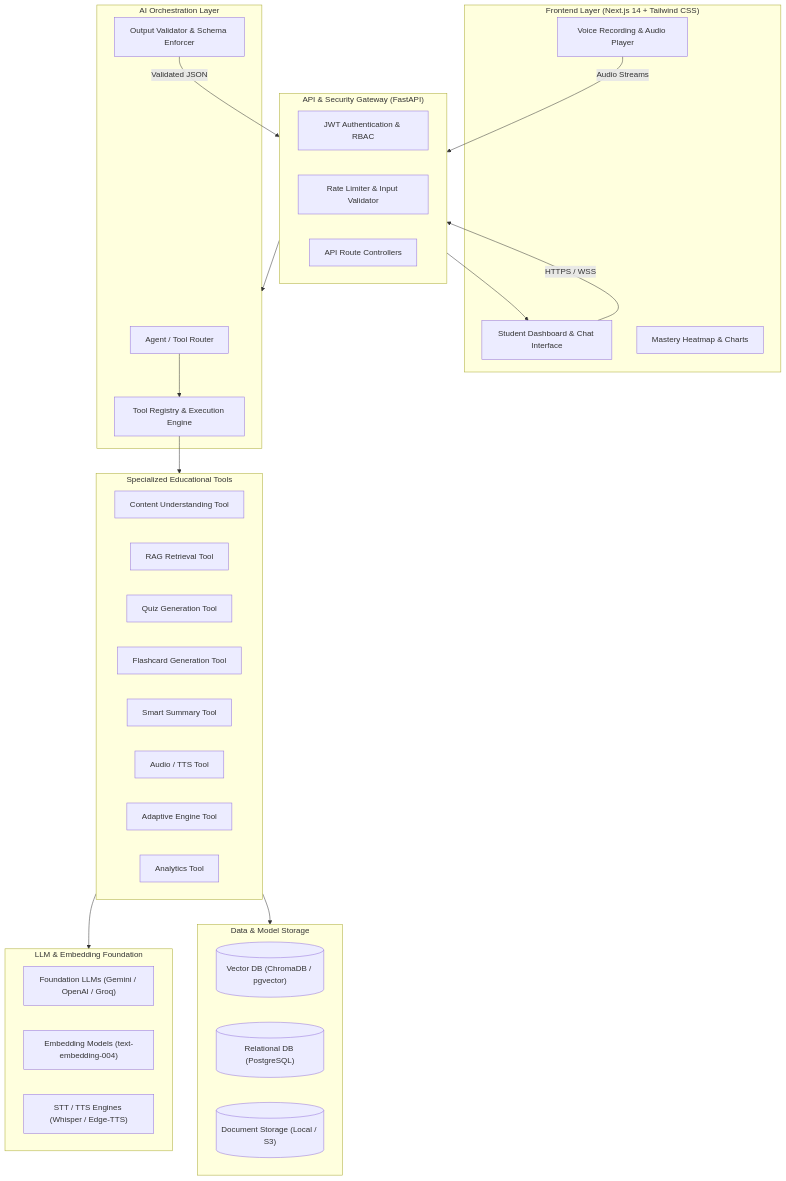
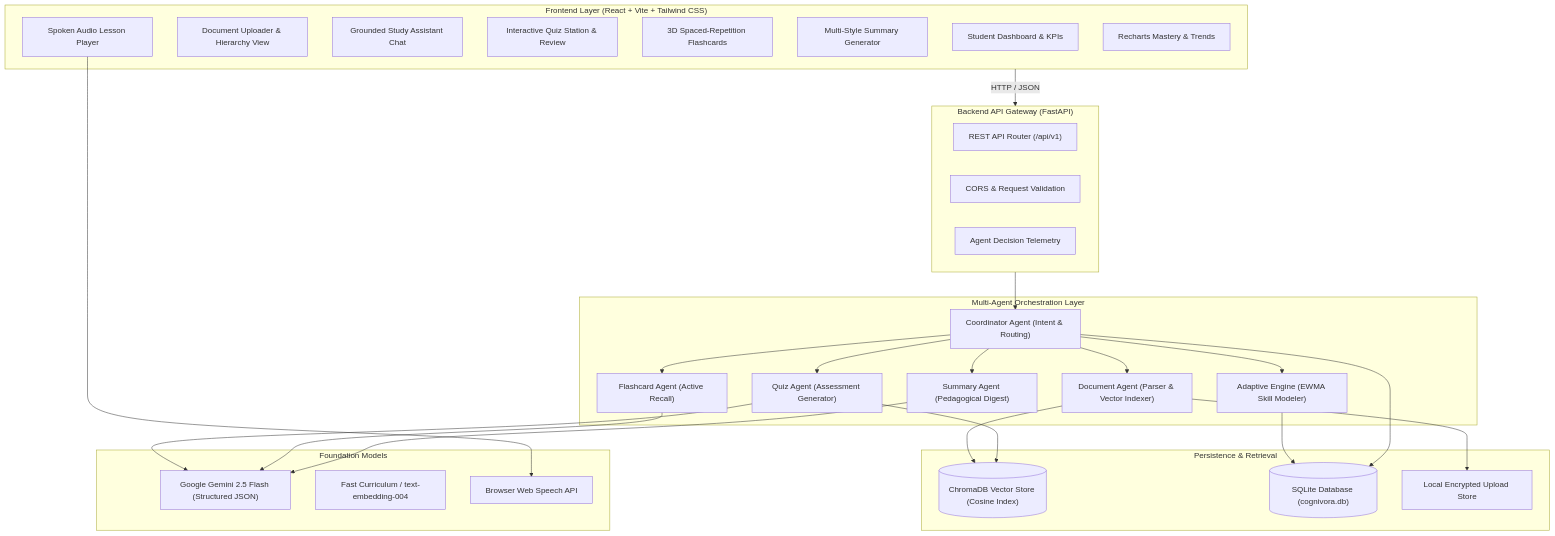
One commit to varun16-dev/Cognivora-AI changed the first of 10 diagrams in README.md. Above: the diagram before and after it, drawn with Mermaid. The commit also changed other lines of this file and 55 other files, not shown here.

Commit message:
feat: complete Capabl 8-week deliverables, multi-agent RAG backend, React dashboard, and test suites

````diff
--- a/README.md
+++ b/README.md
@@ -90,53 +74,57 @@
 ```mermaid
 flowchart TD
-    subgraph Client ["Frontend Layer (Next.js 14 + Tailwind CSS)"]
-        UI["Student Dashboard & Chat Interface"]
-        VoiceIO["Voice Recording & Audio Player"]
-        AnalyticsViz["Mastery Heatmap & Charts"]
+    subgraph Client ["Frontend Layer (React + Vite + Tailwind CSS)"]
+        Dashboard["Student Dashboard & KPIs"]
+        DocUpload["Document Uploader & Hierarchy View"]
+        ChatUI["Grounded Study Assistant Chat"]
+        QuizRunner["Interactive Quiz Station & Review"]
+        CardsUI["3D Spaced-Repetition Flashcards"]
+        SummaryUI["Multi-Style Summary Generator"]
+        AudioLab["Spoken Audio Lesson Player"]
+        AnalyticsUI["Recharts Mastery & Trends"]
     end
 
-    subgraph Gateway ["API & Security Gateway (FastAPI)"]
-        Auth["JWT Authentication & RBAC"]
-        RateLimit["Rate Limiter & Input Validator"]
-        Router["API Route Controllers"]
+    subgraph API ["Backend API Gateway (FastAPI)"]
+        Router["REST API Router (/api/v1)"]
+        CORS["CORS & Request Validation"]
+        Telemetry["Agent Decision Telemetry"]
     end
 
-    subgraph AgenticCore ["AI Orchestration Layer"]
-        Orchestrator["Agent / Tool Router"]
-        ToolRegistry["Tool Registry & Execution Engine"]
-        Guardrails["Output Validator & Schema Enforcer"]
+    subgraph Agents ["Multi-Agent Orchestration Layer"]
+        Coordinator["Coordinator Agent (Intent & Routing)"]
+        DocAgent["Document Agent (Parser & Vector Indexer)"]
+        QuizAgent["Quiz Agent (Assessment Generator)"]
+        CardAgent["Flashcard Agent (Active Recall)"]
+        SummaryAgent["Summary Agent (Pedagogical Digest)"]
+        AdaptiveEngine["Adaptive Engine (EWMA Skill Modeler)"]
     end
 
-    subgraph Tools ["Specialized Educational Tools"]
-        T1["Content Understanding Tool"]
-        T2["RAG Retrieval Tool"]
-        T3["Quiz Generation Tool"]
-        T4["Flashcard Generation Tool"]
-        T5["Smart Summary Tool"]
-        T6["Audio / TTS Tool"]
-        T7["Adaptive Engine Tool"]
-        T8["Analytics Tool"]
+    subgraph Storage ["Persistence & Retrieval"]
+        VectorDB[("ChromaDB Vector Store (Cosine Index)")]
+        SQLiteDB[("SQLite Database (cognivora.db)")]
+        FileStore["Local Encrypted Upload Store"]
     end
 
-    subgraph Storage ["Data & Model Storage"]
-        VectorDB[("Vector DB (ChromaDB / pgvector)")]
-        Postgres[("Relational DB (PostgreSQL)")]
-        FileStore[("Document Storage (Local / S3)")]
+    subgraph AI ["Foundation Models"]
+        Gemini["Google Gemini 2.5 Flash (Structured JSON)"]
+        Embedder["Fast Curriculum / text-embedding-004"]
+        WebSpeech["Browser Web Speech API"]
     end
 
-    subgraph Models ["LLM & Embedding Foundation"]
-        LLM["Foundation LLMs (Gemini / OpenAI / Groq)"]
-        Embedder["Embedding Models (text-embedding-004)"]
-        AudioModels["STT / TTS Engines (Whisper / Edge-TTS)"]
-    end
-
-    UI -->|HTTPS / WSS| Gateway
-    VoiceIO -->|Audio Streams| Gateway
-    Gateway --> AgenticCore
-    Orchestrator --> ToolRegistry
-    ToolRegistry --> Tools
-    Tools --> Models
-    Tools --> Storage
-    Guardrails -->|Validated JSON| Gateway
-    Gateway --> UI
+    Client -->|HTTP / JSON| API
+    API --> Coordinator
+    Coordinator --> DocAgent
+    Coordinator --> QuizAgent
+    Coordinator --> CardAgent
+    Coordinator --> SummaryAgent
+    Coordinator --> AdaptiveEngine
+    DocAgent --> VectorDB
+    DocAgent --> FileStore
+    QuizAgent --> Gemini
+    QuizAgent --> VectorDB
+    CardAgent --> Gemini
+    SummaryAgent --> Gemini
+    AdaptiveEngine --> SQLiteDB
+    Coordinator --> SQLiteDB
+    AudioLab --> WebSpeech
 ```
````
